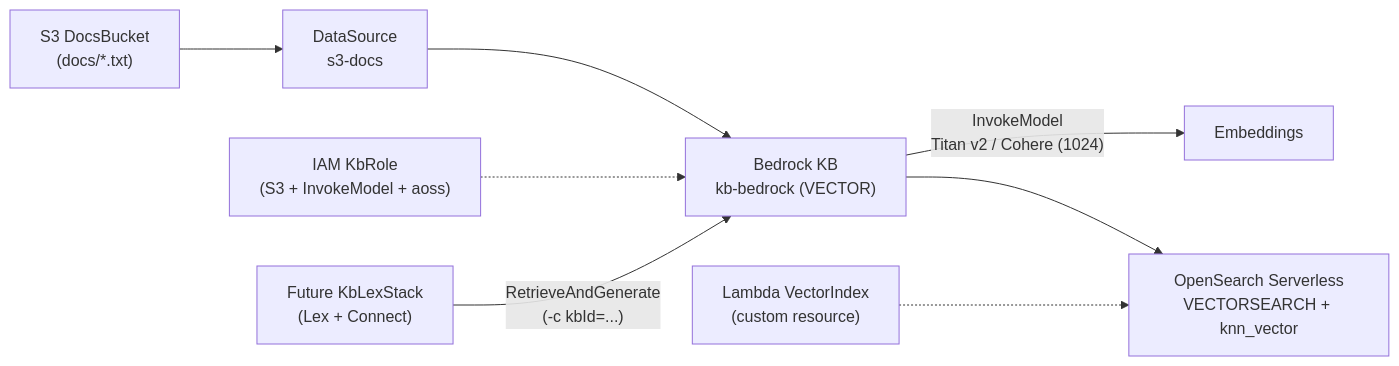
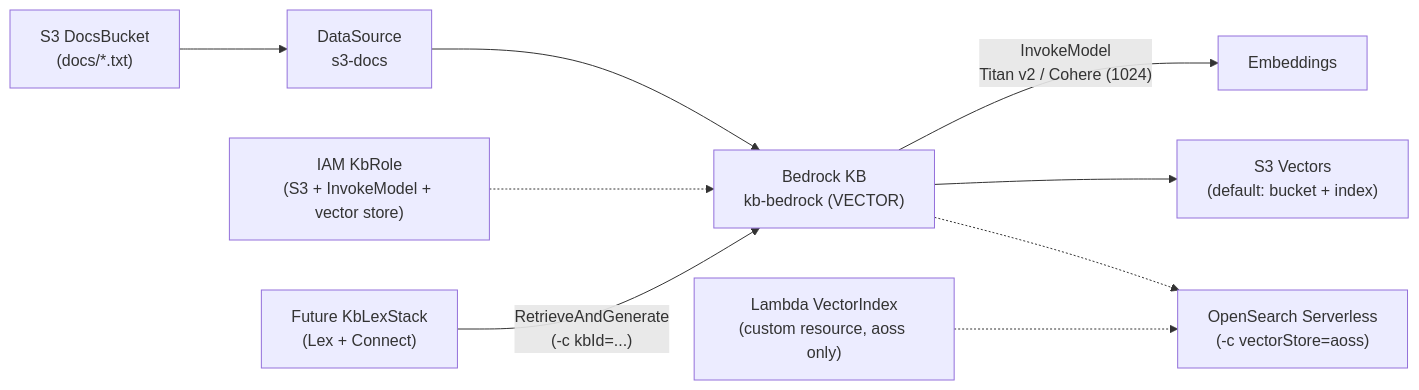
Before and after one commit to kaesar/demo-kb: the diagram in README.md, drawn with Mermaid. The commit also changed other lines of this file and 3 other files, not shown here.

Commit message:
v0.2.0 Knowledge Base with Amazon Bedrock and S3 Vectors (instead of Open Search)

````diff
--- a/README.md
+++ b/README.md
@@ -13,10 +14,11 @@
 ```mermaid
 flowchart LR
     Docs["S3 DocsBucket<br/>(docs/*.txt)"] --> DS["DataSource<br/>s3-docs"]
     DS --> KB["Bedrock KB<br/>kb-bedrock (VECTOR)"]
     KB -- "InvokeModel<br/>Titan v2 / Cohere (1024)" --> Emb["Embeddings"]
-    KB --> AOSS["OpenSearch Serverless<br/>VECTORSEARCH + knn_vector"]
-    Handler["Lambda VectorIndex<br/>(custom resource)"] -.-> AOSS
-    KbRole["IAM KbRole<br/>(S3 + InvokeModel + aoss)"] -.-> KB
+    KB --> S3V["S3 Vectors<br/>(default: bucket + index)"]
+    KB -.-> AOSS["OpenSearch Serverless<br/>(-c vectorStore=aoss)"]
+    Handler["Lambda VectorIndex<br/>(custom resource, aoss only)"] -.-> AOSS
+    KbRole["IAM KbRole<br/>(S3 + InvokeModel + vector store)"] -.-> KB
     Lex["Future KbLexStack<br/>(Lex + Connect)"] -- "RetrieveAndGenerate<br/>(-c kbId=...)" --> KB
 ```
````
